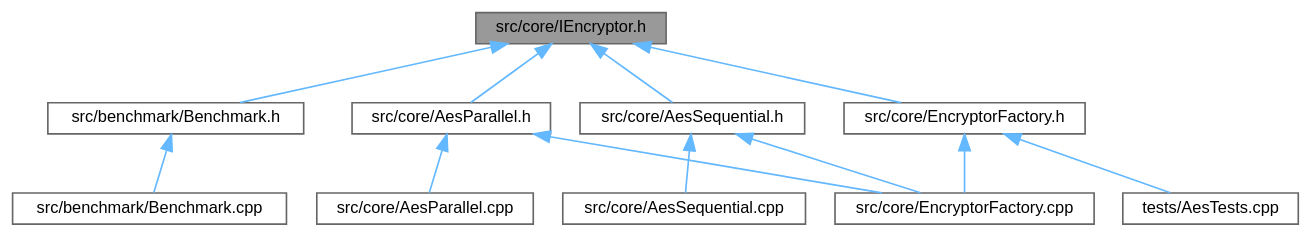
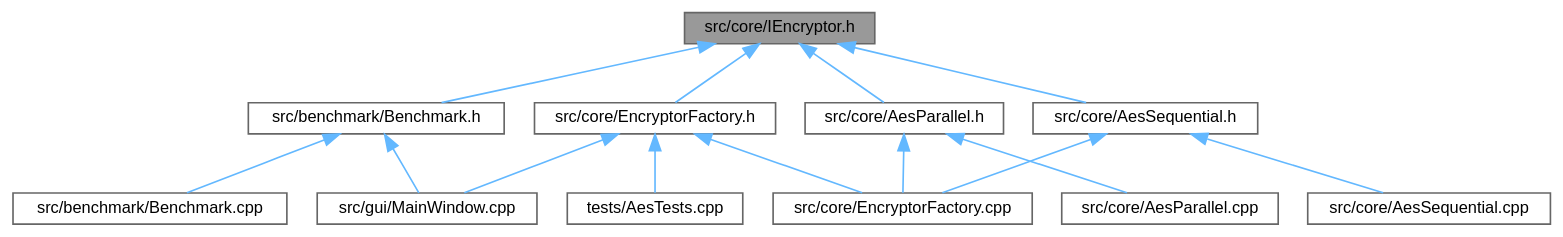
Before and after one commit to wwerniss/aes-encryptor: the diagram in IEncryptor_8h__dep__incl.dot, drawn with Graphviz. The commit also changed 86 other files, not shown here.

```diff
--- a/IEncryptor_8h__dep__incl.dot
+++ b/IEncryptor_8h__dep__incl.dot
@@ -1,28 +1,31 @@
 digraph "src/core/IEncryptor.h"
 {
  // LATEX_PDF_SIZE
   bgcolor="transparent";
   edge [fontname=Helvetica,fontsize=10,labelfontname=Helvetica,labelfontsize=10];
   node [fontname=Helvetica,fontsize=10,shape=box,height=0.2,width=0.4];
   Node1 [id="Node000001",label="src/core/IEncryptor.h",height=0.2,width=0.4,color="gray40", fillcolor="grey60", style="filled", fontcolor="black",tooltip=" "];
   Node1 -> Node2 [id="edge1_Node000001_Node000002",dir="back",color="steelblue1",style="solid",tooltip=" "];
   Node2 [id="Node000002",label="src/benchmark/Benchmark.h",height=0.2,width=0.4,color="grey40", fillcolor="white", style="filled",URL="$Benchmark_8h.html",tooltip=" "];
   Node2 -> Node3 [id="edge2_Node000002_Node000003",dir="back",color="steelblue1",style="solid",tooltip=" "];
   Node3 [id="Node000003",label="src/benchmark/Benchmark.cpp",height=0.2,width=0.4,color="grey40", fillcolor="white", style="filled",URL="$Benchmark_8cpp.html",tooltip=" "];
-  Node1 -> Node4 [id="edge3_Node000001_Node000004",dir="back",color="steelblue1",style="solid",tooltip=" "];
-  Node4 [id="Node000004",label="src/core/AesParallel.h",height=0.2,width=0.4,color="grey40", fillcolor="white", style="filled",URL="$AesParallel_8h.html",tooltip=" "];
-  Node4 -> Node5 [id="edge4_Node000004_Node000005",dir="back",color="steelblue1",style="solid",tooltip=" "];
-  Node5 [id="Node000005",label="src/core/AesParallel.cpp",height=0.2,width=0.4,color="grey40", fillcolor="white", style="filled",URL="$AesParallel_8cpp.html",tooltip=" "];
-  Node4 -> Node6 [id="edge5_Node000004_Node000006",dir="back",color="steelblue1",style="solid",tooltip=" "];
-  Node6 [id="Node000006",label="src/core/EncryptorFactory.cpp",height=0.2,width=0.4,color="grey40", fillcolor="white", style="filled",URL="$EncryptorFactory_8cpp.html",tooltip=" "];
-  Node1 -> Node7 [id="edge6_Node000001_Node000007",dir="back",color="steelblue1",style="solid",tooltip=" "];
-  Node7 [id="Node000007",label="src/core/AesSequential.h",height=0.2,width=0.4,color="grey40", fillcolor="white", style="filled",URL="$AesSequential_8h.html",tooltip=" "];
-  Node7 -> Node8 [id="edge7_Node000007_Node000008",dir="back",color="steelblue1",style="solid",tooltip=" "];
-  Node8 [id="Node000008",label="src/core/AesSequential.cpp",height=0.2,width=0.4,color="grey40", fillcolor="white", style="filled",URL="$AesSequential_8cpp.html",tooltip=" "];
-  Node7 -> Node6 [id="edge8_Node000007_Node000006",dir="back",color="steelblue1",style="solid",tooltip=" "];
-  Node1 -> Node9 [id="edge9_Node000001_Node000009",dir="back",color="steelblue1",style="solid",tooltip=" "];
-  Node9 [id="Node000009",label="src/core/EncryptorFactory.h",height=0.2,width=0.4,color="grey40", fillcolor="white", style="filled",URL="$EncryptorFactory_8h.html",tooltip=" "];
-  Node9 -> Node6 [id="edge10_Node000009_Node000006",dir="back",color="steelblue1",style="solid",tooltip=" "];
-  Node9 -> Node10 [id="edge11_Node000009_Node000010",dir="back",color="steelblue1",style="solid",tooltip=" "];
-  Node10 [id="Node000010",label="tests/AesTests.cpp",height=0.2,width=0.4,color="grey40", fillcolor="white", style="filled",URL="$AesTests_8cpp.html",tooltip=" "];
+  Node2 -> Node4 [id="edge3_Node000002_Node000004",dir="back",color="steelblue1",style="solid",tooltip=" "];
+  Node4 [id="Node000004",label="src/gui/MainWindow.cpp",height=0.2,width=0.4,color="grey40", fillcolor="white", style="filled",URL="$MainWindow_8cpp.html",tooltip=" "];
+  Node1 -> Node5 [id="edge4_Node000001_Node000005",dir="back",color="steelblue1",style="solid",tooltip=" "];
+  Node5 [id="Node000005",label="src/core/AesParallel.h",height=0.2,width=0.4,color="grey40", fillcolor="white", style="filled",URL="$AesParallel_8h.html",tooltip=" "];
+  Node5 -> Node6 [id="edge5_Node000005_Node000006",dir="back",color="steelblue1",style="solid",tooltip=" "];
+  Node6 [id="Node000006",label="src/core/AesParallel.cpp",height=0.2,width=0.4,color="grey40", fillcolor="white", style="filled",URL="$AesParallel_8cpp.html",tooltip=" "];
+  Node5 -> Node7 [id="edge6_Node000005_Node000007",dir="back",color="steelblue1",style="solid",tooltip=" "];
+  Node7 [id="Node000007",label="src/core/EncryptorFactory.cpp",height=0.2,width=0.4,color="grey40", fillcolor="white", style="filled",URL="$EncryptorFactory_8cpp.html",tooltip=" "];
+  Node1 -> Node8 [id="edge7_Node000001_Node000008",dir="back",color="steelblue1",style="solid",tooltip=" "];
+  Node8 [id="Node000008",label="src/core/AesSequential.h",height=0.2,width=0.4,color="grey40", fillcolor="white", style="filled",URL="$AesSequential_8h.html",tooltip=" "];
+  Node8 -> Node9 [id="edge8_Node000008_Node000009",dir="back",color="steelblue1",style="solid",tooltip=" "];
+  Node9 [id="Node000009",label="src/core/AesSequential.cpp",height=0.2,width=0.4,color="grey40", fillcolor="white", style="filled",URL="$AesSequential_8cpp.html",tooltip=" "];
+  Node8 -> Node7 [id="edge9_Node000008_Node000007",dir="back",color="steelblue1",style="solid",tooltip=" "];
+  Node1 -> Node10 [id="edge10_Node000001_Node000010",dir="back",color="steelblue1",style="solid",tooltip=" "];
+  Node10 [id="Node000010",label="src/core/EncryptorFactory.h",height=0.2,width=0.4,color="grey40", fillcolor="white", style="filled",URL="$EncryptorFactory_8h.html",tooltip=" "];
+  Node10 -> Node7 [id="edge11_Node000010_Node000007",dir="back",color="steelblue1",style="solid",tooltip=" "];
+  Node10 -> Node4 [id="edge12_Node000010_Node000004",dir="back",color="steelblue1",style="solid",tooltip=" "];
+  Node10 -> Node11 [id="edge13_Node000010_Node000011",dir="back",color="steelblue1",style="solid",tooltip=" "];
+  Node11 [id="Node000011",label="tests/AesTests.cpp",height=0.2,width=0.4,color="grey40", fillcolor="white", style="filled",URL="$AesTests_8cpp.html",tooltip=" "];
 }
```
